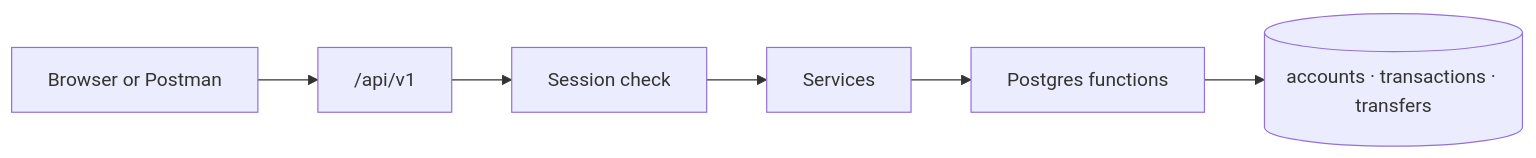
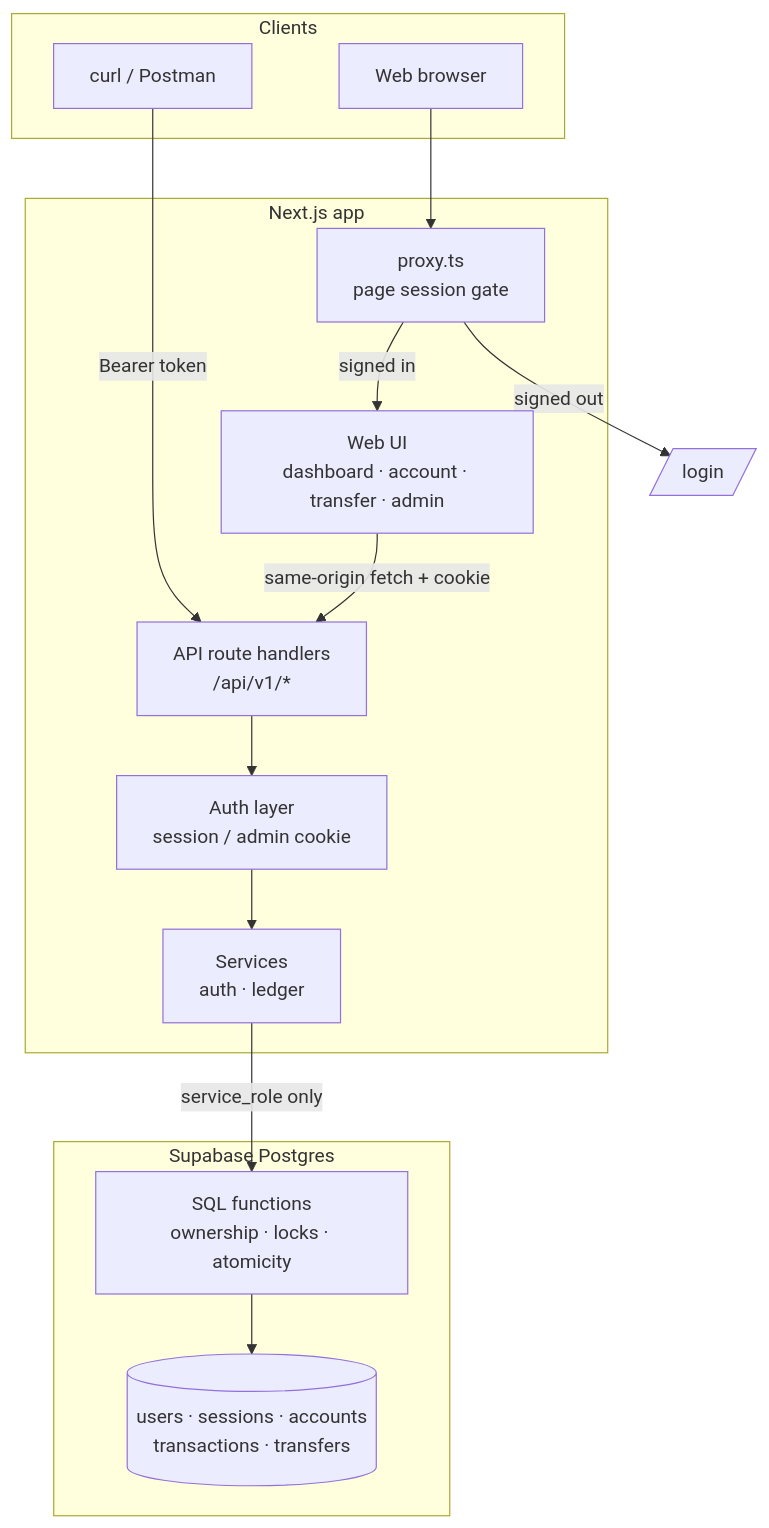
One commit to Yashraj0888/ledger_flow changed the diagram in README.md. Above: the diagram before and after it, drawn with Mermaid. The commit also changed other lines of this file, not shown here.

Commit message:
Enhance README with detailed app flow diagram and clarify data handling processes.

````diff
--- a/README.md
+++ b/README.md
@@ -160,8 +162,30 @@
 ```mermaid
-flowchart LR
-  Client[Browser or Postman] --> API["/api/v1"]
-  API --> Auth[Session check]
-  Auth --> Svc[Services]
-  Svc --> RPC[Postgres functions]
-  RPC --> DB[(accounts · transactions · transfers)]
+flowchart TB
+  subgraph clients [Clients]
+    Browser[Web browser]
+    APIClient[curl / Postman]
+  end
+
+  subgraph next [Next.js app]
+    Proxy[proxy.ts<br/>page session gate]
+    UI[Web UI<br/>dashboard · account · transfer · admin]
+    Routes[API route handlers<br/>/api/v1/*]
+    Auth[Auth layer<br/>session / admin cookie]
+    Services[Services<br/>auth · ledger]
+  end
+
+  subgraph data [Supabase Postgres]
+    RPC[SQL functions<br/>ownership · locks · atomicity]
+    Tables[(users · sessions · accounts<br/>transactions · transfers)]
+  end
+
+  Browser --> Proxy
+  Proxy -->|signed in| UI
+  Proxy -->|signed out| Login[/login/]
+  UI -->|same-origin fetch + cookie| Routes
+  APIClient -->|Bearer token| Routes
+  Routes --> Auth
+  Auth --> Services
+  Services -->|service_role only| RPC
+  RPC --> Tables
 ```
````
